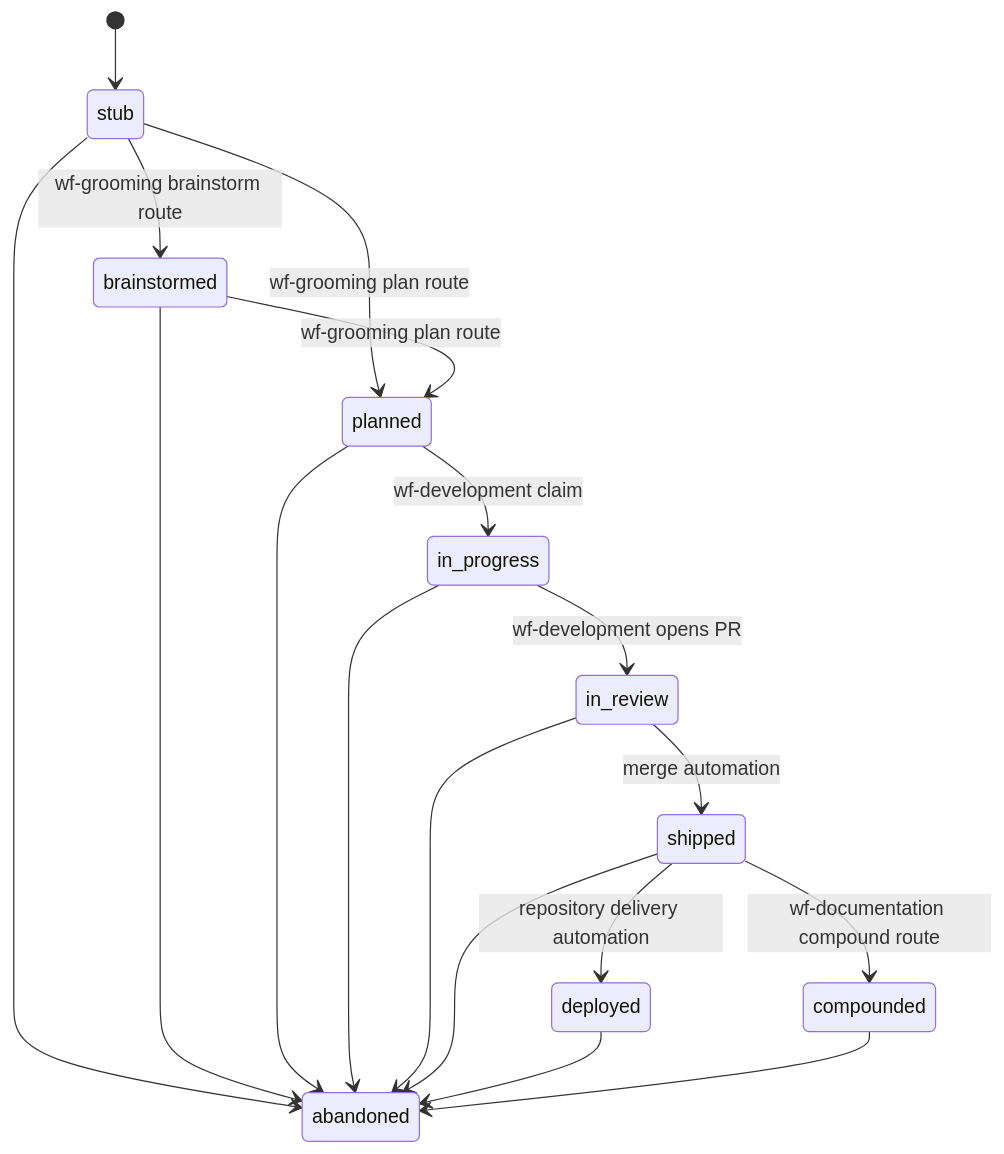
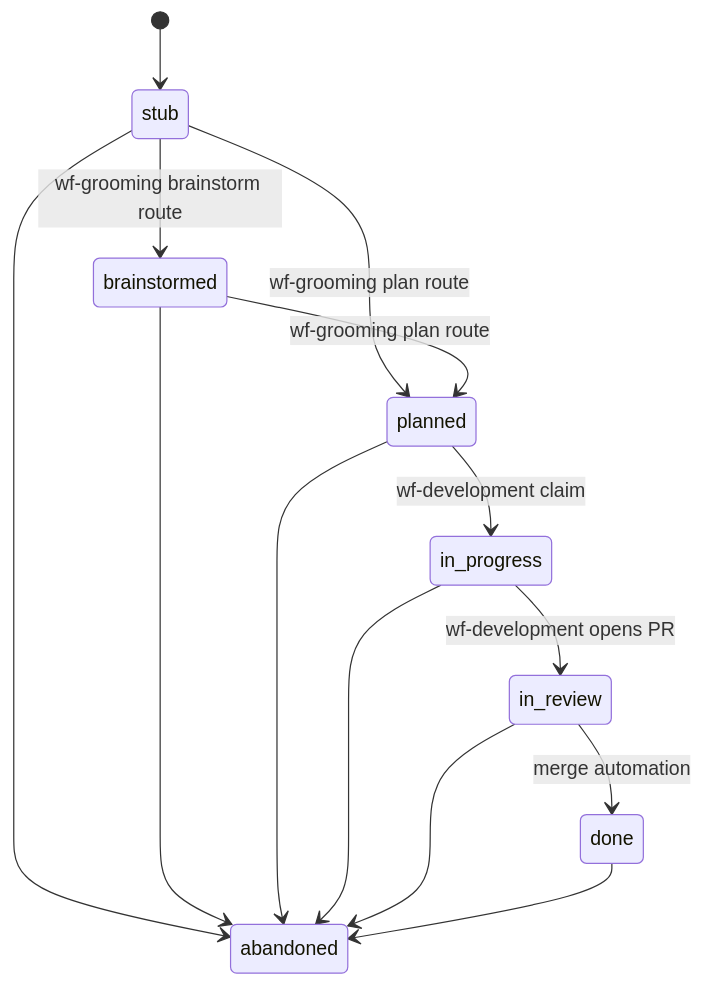
Before and after one commit to Life-With-Data/agentic-engineering: the sixth of 7 diagrams in plugins/agentic-engineering/FLOWS.md, drawn with Mermaid. The commit also changed other lines of this file and 50 other files, not shown here.

````diff
--- a/plugins/agentic-engineering/FLOWS.md
+++ b/plugins/agentic-engineering/FLOWS.md
@@ -98,21 +98,17 @@
 ```mermaid
 stateDiagram-v2
     [*] --> stub
     stub --> brainstormed: wf-grooming brainstorm route
     stub --> planned: wf-grooming plan route
     brainstormed --> planned: wf-grooming plan route
     planned --> in_progress: wf-development claim
     in_progress --> in_review: wf-development opens PR
-    in_review --> shipped: merge automation
-    shipped --> deployed: repository delivery automation
-    shipped --> compounded: wf-documentation compound route
+    in_review --> done: merge automation
 
     stub --> abandoned
     brainstormed --> abandoned
     planned --> abandoned
     in_progress --> abandoned
     in_review --> abandoned
-    shipped --> abandoned
-    deployed --> abandoned
-    compounded --> abandoned
+    done --> abandoned
 ```
````
